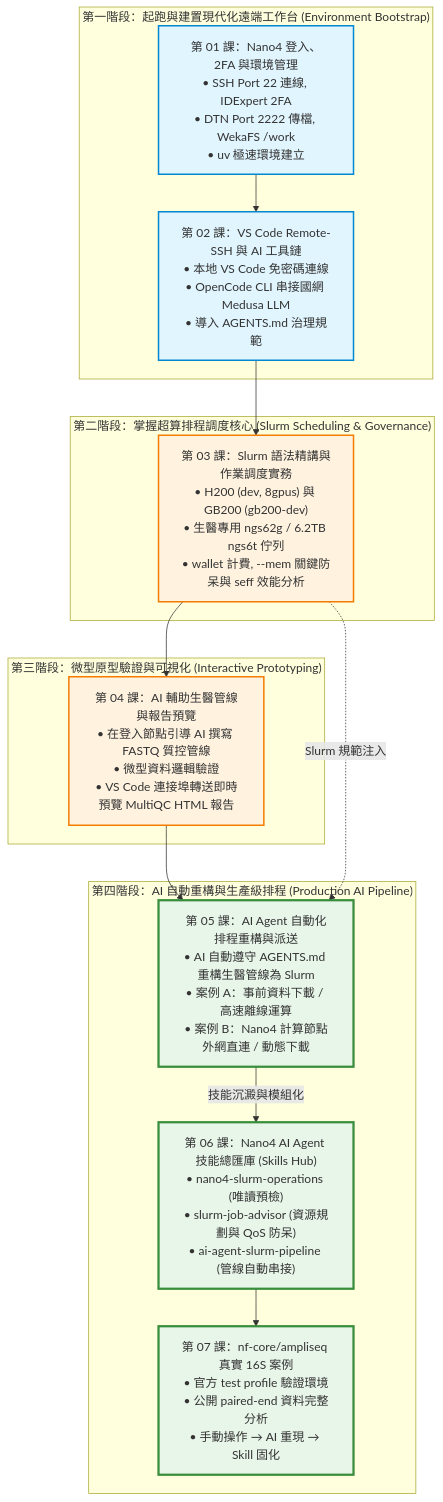
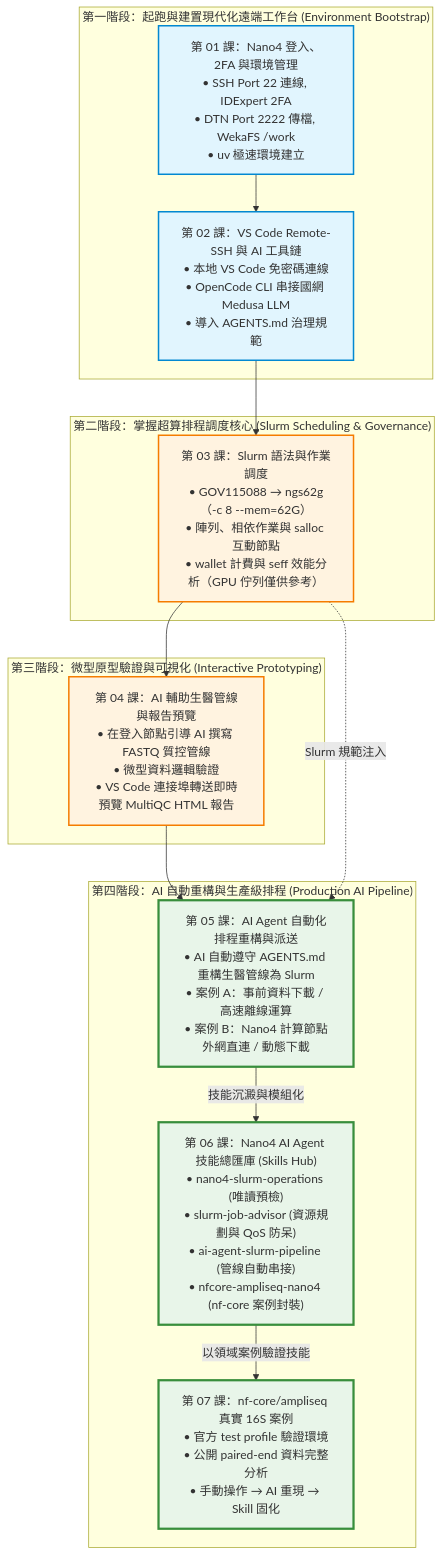
One commit to gemini960114/Nano4-Docs changed the first of 2 diagrams in docs/guide/00_course_syllabus.md. Above: the diagram before and after it, drawn with Mermaid. The commit also changed other lines of this file and 97 other files, not shown here.

First line of the commit message:
docs: align course with GP1 ngs62g rules and verify every Slurm lab

````diff
--- a/docs/guide/00_course_syllabus.md
+++ b/docs/guide/00_course_syllabus.md
@@ -36,36 +40,36 @@
 ```mermaid
 flowchart TD
     subgraph S1["第一階段：起跑與建置現代化遠端工作台 (Environment Bootstrap)"]
         C1["第 01 課：Nano4 登入、2FA 與環境管理<br>• SSH Port 22 連線, IDExpert 2FA<br>• DTN Port 2222 傳檔, WekaFS /work<br>• uv 極速環境建立"]
         C2["第 02 課：VS Code Remote-SSH 與 AI 工具鏈<br>• 本地 VS Code 免密碼連線<br>• OpenCode CLI 串接國網 Medusa LLM<br>• 導入 AGENTS.md 治理規範"]
         C1 --> C2
     end
 
     subgraph S2["第二階段：掌握超算排程調度核心 (Slurm Scheduling & Governance)"]
-        C3["第 03 課：Slurm 語法精講與作業調度實務<br>• H200 (dev, 8gpus) 與 GB200 (gb200-dev)<br>• 生醫專用 ngs62g / 6.2TB ngs6t 佇列<br>• wallet 計費, --mem 關鍵防呆與 seff 效能分析"]
+        C3["第 03 課：Slurm 語法與作業調度<br>• GOV115088 → ngs62g（-c 8 --mem=62G）<br>• 陣列、相依作業與 salloc 互動節點<br>• wallet 計費與 seff 效能分析（GPU 佇列僅供參考）"]
         C2 --> C3
     end
 
     subgraph S3["第三階段：微型原型驗證與可視化 (Interactive Prototyping)"]
         C4["第 04 課：AI 輔助生醫管線與報告預覽<br>• 在登入節點引導 AI 撰寫 FASTQ 質控管線<br>• 微型資料邏輯驗證<br>• VS Code 連接埠轉送即時預覽 MultiQC HTML 報告"]
         C3 --> C4
     end
 
     subgraph S4["第四階段：AI 自動重構與生產級排程 (Production AI Pipeline)"]
         C5["第 05 課：AI Agent 自動化排程重構與派送<br>• AI 自動遵守 AGENTS.md 重構生醫管線為 Slurm<br>• 案例 A：事前資料下載 / 高速離線運算<br>• 案例 B：Nano4 計算節點外網直連 / 動態下載"]
-        C6["第 06 課：Nano4 AI Agent 技能總匯庫 (Skills Hub)<br>• nano4-slurm-operations (唯讀預檢)<br>• slurm-job-advisor (資源規劃與 QoS 防呆)<br>• ai-agent-slurm-pipeline (管線自動串接)"]
+        C6["第 06 課：Nano4 AI Agent 技能總匯庫 (Skills Hub)<br>• nano4-slurm-operations (唯讀預檢)<br>• slurm-job-advisor (資源規劃與 QoS 防呆)<br>• ai-agent-slurm-pipeline (管線自動串接)<br>• nfcore-ampliseq-nano4 (nf-core 案例封裝)"]
+        C7["第 07 課：nf-core/ampliseq 真實 16S 案例<br>• 官方 test profile 驗證環境<br>• 公開 paired-end 資料完整分析<br>• 手動操作 → AI 重現 → Skill 固化"]
         C4 --> C5
-        C7["第 07 課：nf-core/ampliseq 真實 16S 案例<br>• 官方 test profile 驗證環境<br>• 公開 paired-end 資料完整分析<br>• 手動操作 → AI 重現 → Skill 固化"]
-        C6 --> C7
         C3 -.->|Slurm 規範注入| C5
         C5 -->|技能沉澱與模組化| C6
+        C6 -->|以領域案例驗證技能| C7
     end
 
     classDef primary fill:#e1f5fe,stroke:#0288d1,stroke-width:2px;
     classDef highlight fill:#fff3e0,stroke:#f57c00,stroke-width:2px;
     classDef capstone fill:#e8f5e9,stroke:#388e3c,stroke-width:3px;
 
     class C1,C2 primary;
     class C3,C4 highlight;
     class C5,C6,C7 capstone;
 ```
````
